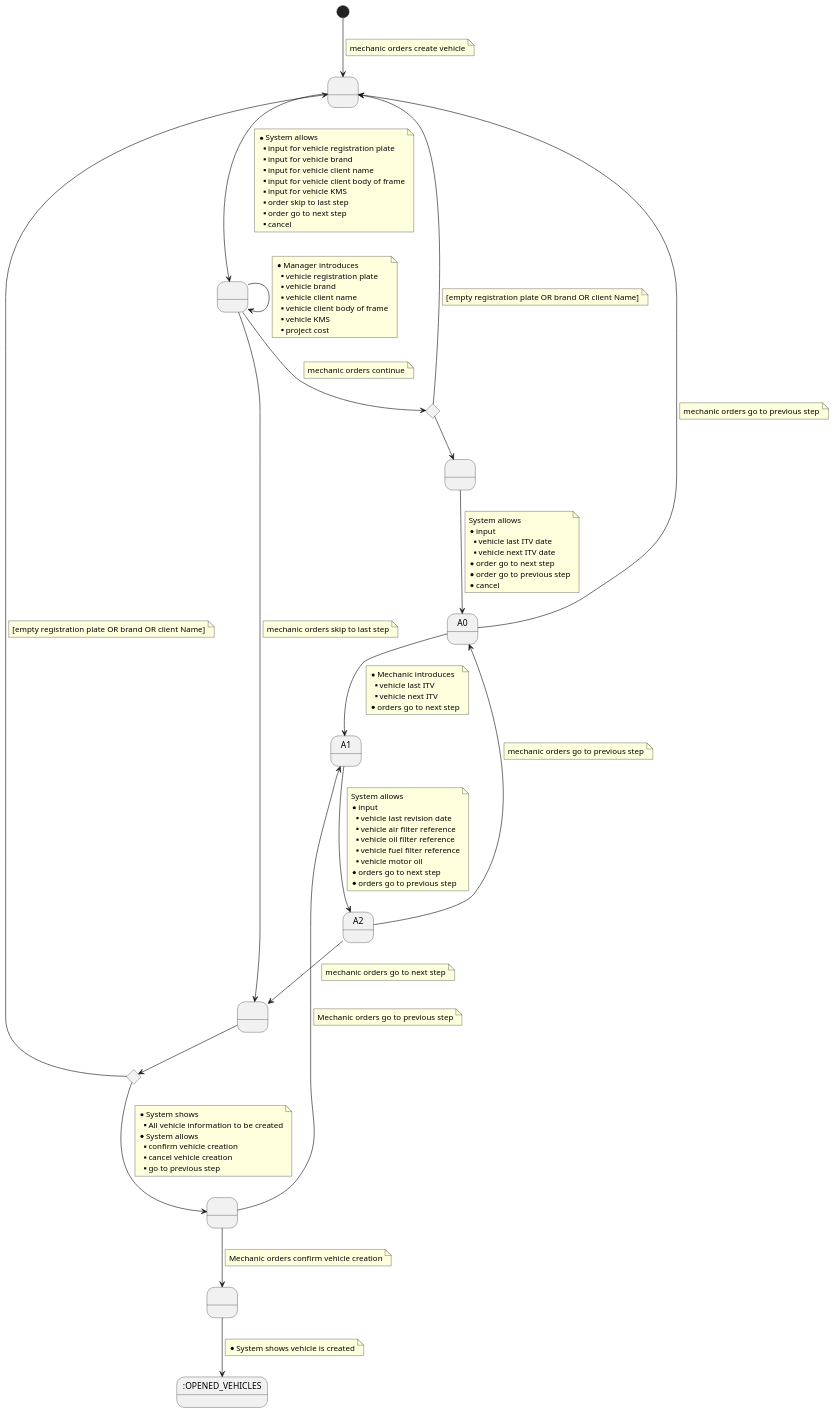
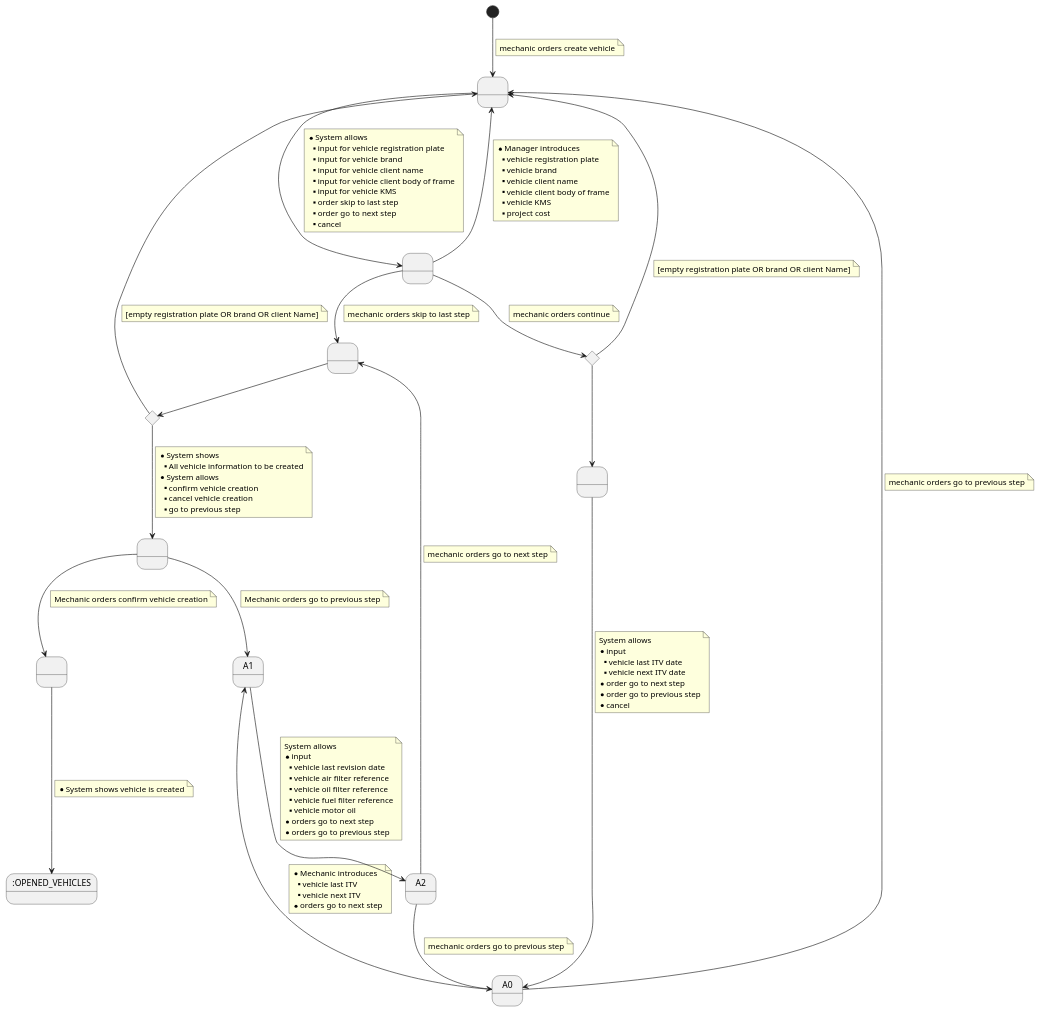
One commit to Ruskab/agrimManager changed the diagram in documentation/requiremets/usecases_specification/puml/createVehicle.puml. Above: the diagram before and after it, drawn with PlantUML. The commit also changed 31 other files, not shown here.

```diff
--- a/documentation/requiremets/usecases_specification/puml/createVehicle.puml
+++ b/documentation/requiremets/usecases_specification/puml/createVehicle.puml
@@ -1,136 +1,136 @@
 @startuml
 
 state 1 as " "
 state 2 as " "
 state 3 <<choice>>
 state 4 as " "
 state 5 as " "
 state 6 <<choice>>
 state 7 as " "
 state 8 as " "
 state 9 as ":OPENED_VEHICLES"
 
 [*] --> 1
 note on link
     mechanic orders create vehicle
 end note
 
 1 --> 2
 note on link
     * System allows
     ** input for vehicle registration plate
     ** input for vehicle brand
     ** input for vehicle client name
     ** input for vehicle client body of frame
     ** input for vehicle KMS
     ** order skip to last step
     ** order go to next step
     ** cancel
 end note
 
-2 --> 2
+2 --> 1
 note on link
     * Manager introduces
     ** vehicle registration plate
     ** vehicle brand
     ** vehicle client name
     ** vehicle client body of frame
     ** vehicle KMS
     ** project cost
 end note
 
 2 --> 3
 note on link
  mechanic orders continue
 end note
 
 3 --> 1
 note on link
     [empty registration plate OR brand OR client Name]
 end note
 
 3 --> 4
 
 4 --> A0
 note on link
     System allows
     * input
     **vehicle last ITV date
     **vehicle next ITV date
     * order go to next step
     * order go to previous step
     * cancel
 end note
 
 A0 --> A1
 note on link
     * Mechanic introduces
     ** vehicle last ITV
     ** vehicle next ITV
     * orders go to next step
 end note
 
 A0 --> 1
 note on link
     mechanic orders go to previous step
 end note
 
 A1 --> A2
 note on link
     System allows
     * input
     ** vehicle last revision date
     ** vehicle air filter reference
     ** vehicle oil filter reference
     ** vehicle fuel filter reference
     ** vehicle motor oil
     * orders go to next step
     * orders go to previous step
 end note
 
 A2 --> 5
 note on link
  mechanic orders go to next step
 end note
 A2 --> A0
 note on link
     mechanic orders go to previous step
 end note
 
 2 --> 5
 note on link
     mechanic orders skip to last step
 end note
 
 5 --> 6
 
 6 --> 1
 note on link
     [empty registration plate OR brand OR client Name]
 end note
 
 6 --> 7
 note on link
     *System shows
     ** All vehicle information to be created
     *System allows
     **confirm vehicle creation
     **cancel vehicle creation
     **go to previous step
 end note
 
 7 --> 8
 note on link
  Mechanic orders confirm vehicle creation
 end note
 
 7 --> A1
 note on link
     Mechanic orders go to previous step
 end note
 
 8 --> 9
 note on link
 * System shows vehicle is created
 end note
 @enduml
```
